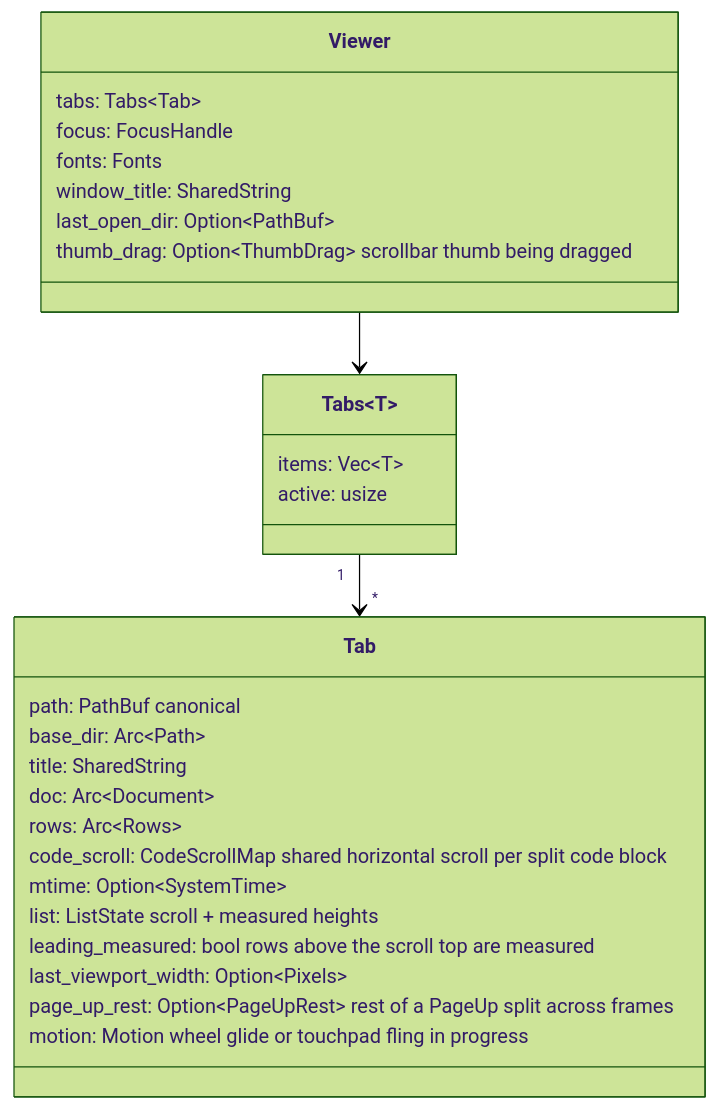
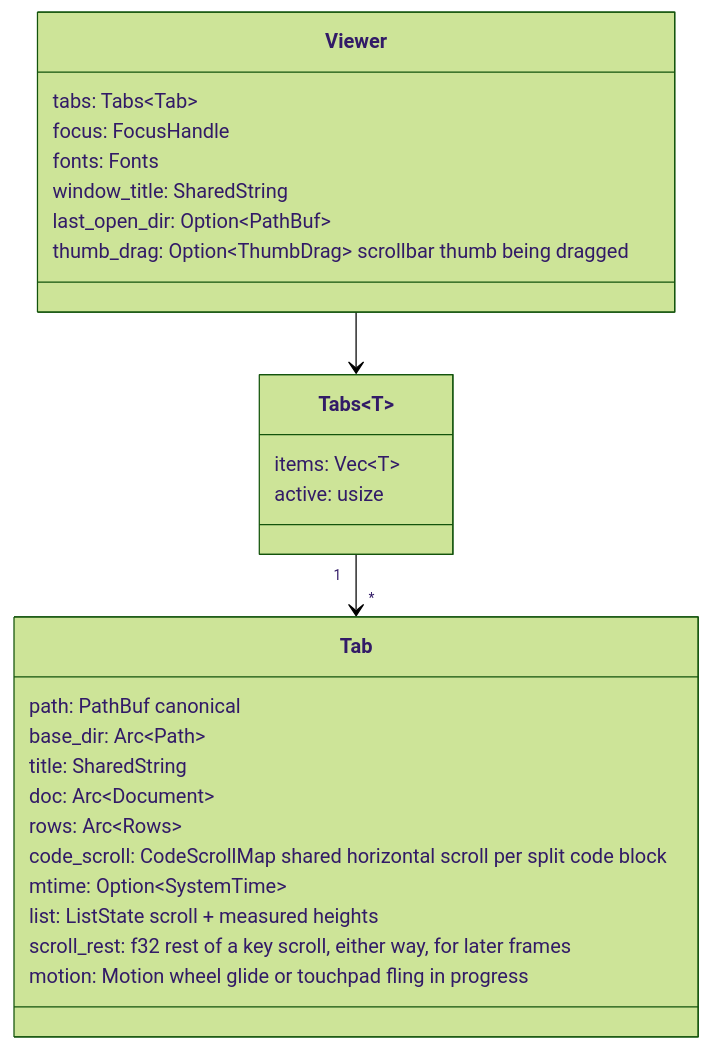
Before and after one commit to JorgeAgar/markdown-viewer-zed: the third of 6 diagrams in docs/architecture.md, drawn with Mermaid (forest theme). The commit also changed 5 other files, not shown here.

````diff
--- a/docs/architecture.md
+++ b/docs/architecture.md
@@ -160,31 +160,29 @@
 ```mermaid
 classDiagram
     class Viewer {
         tabs: Tabs~Tab~
         focus: FocusHandle
         fonts: Fonts
         window_title: SharedString
         last_open_dir: Option~PathBuf~
         thumb_drag: Option~ThumbDrag~  scrollbar thumb being dragged
     }
     class Tab {
         path: PathBuf  canonical
         base_dir: Arc~Path~
         title: SharedString
         doc: Arc~Document~
         rows: Arc~Rows~
         code_scroll: CodeScrollMap  shared horizontal scroll per split code block
         mtime: Option~SystemTime~
         list: ListState  scroll + measured heights
-        leading_measured: bool  rows above the scroll top are measured
-        last_viewport_width: Option~Pixels~
-        page_up_rest: Option~PageUpRest~  rest of a PageUp split across frames
+        scroll_rest: f32  rest of a key scroll, either way, for later frames
         motion: Motion  wheel glide or touchpad fling in progress
     }
     class Tabs~T~ {
         items: Vec~T~
         active: usize
     }
     Viewer --> Tabs
     Tabs "1" --> "*" Tab
 ```
````
